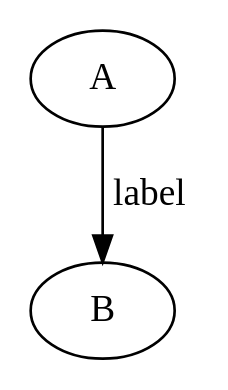
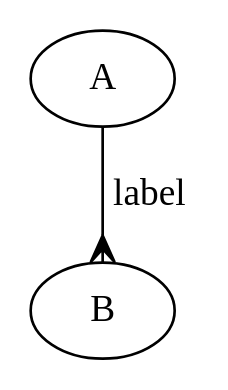
The fourth of 9 diagrams in commands/diagram/graphviz/dot_lang.md (ymgyt/techbook), drawn with Graphviz before and after one commit. The commit also changed other lines of this file and 2 other files, not shown here.

````diff
--- a/commands/diagram/graphviz/dot_lang.md
+++ b/commands/diagram/graphviz/dot_lang.md
@@ -85,8 +85,9 @@
 ```dot
 digraph {
     A   ->  B [
       label="label"
       lhead=cluster_b_group
+      arrowhead=crow
     ];
 }
 ```
````
